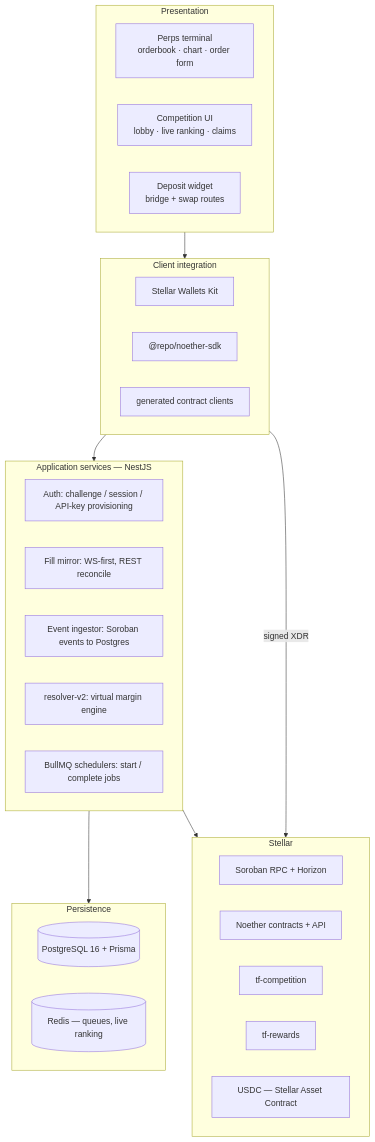
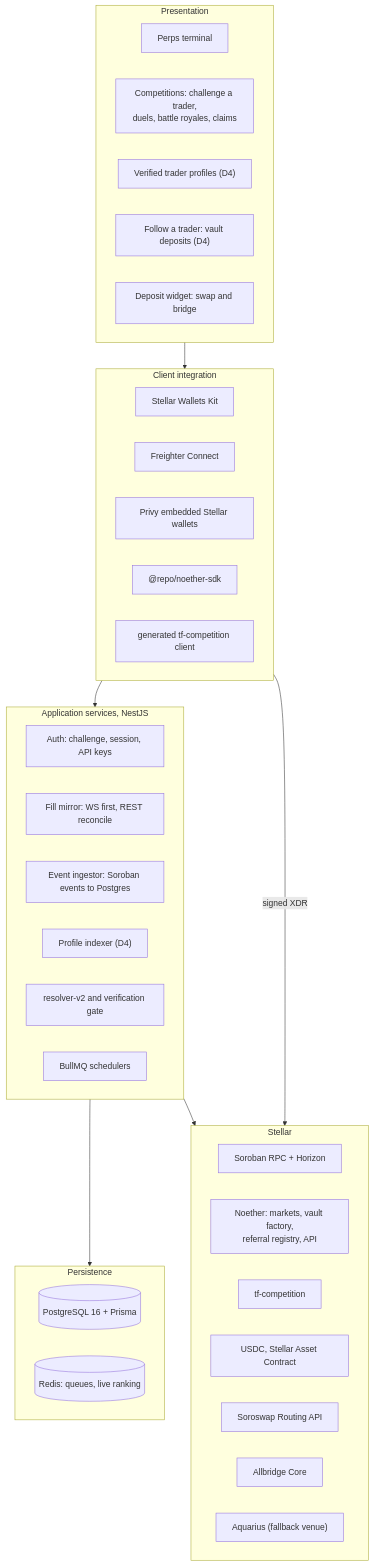
The second of 7 diagrams in docs/ARCHITECTURE.md (tradefighters/stellar-integration), drawn with Mermaid before and after one commit. The commit also changed other lines of this file and 6 other files, not shown here.

````diff
--- a/docs/ARCHITECTURE.md
+++ b/docs/ARCHITECTURE.md
@@ -91,41 +144,48 @@
 ```mermaid
 flowchart TB
     subgraph L1["Presentation"]
-        TERM["Perps terminal<br/>orderbook · chart · order form"]
-        COMP["Competition UI<br/>lobby · live ranking · claims"]
-        DEP["Deposit widget<br/>bridge + swap routes"]
+        TERM["Perps terminal"]
+        COMP["Competitions: challenge a trader,<br/>duels, battle royales, claims"]
+        PROF["Verified trader profiles (D4)"]
+        VAULT["Follow a trader: vault deposits (D4)"]
+        DEP["Deposit widget: swap and bridge"]
     end
 
     subgraph L2["Client integration"]
         WKIT["Stellar Wallets Kit"]
+        FRC["Freighter Connect"]
+        PRIVY["Privy embedded Stellar wallets"]
         NSDK["@repo/noether-sdk"]
-        GEN["generated contract clients"]
+        GEN["generated tf-competition client"]
     end
 
-    subgraph L3["Application services — NestJS"]
-        AUTH["Auth: challenge / session / API-key provisioning"]
-        MIRROR["Fill mirror: WS-first, REST reconcile"]
+    subgraph L3["Application services, NestJS"]
+        AUTH["Auth: challenge, session, API keys"]
+        MIRROR["Fill mirror: WS first, REST reconcile"]
         INGEST["Event ingestor: Soroban events to Postgres"]
-        RES["resolver-v2: virtual margin engine"]
-        JOBS["BullMQ schedulers: start / complete jobs"]
+        PIDX["Profile indexer (D4)"]
+        RES["resolver-v2 and verification gate"]
+        JOBS["BullMQ schedulers"]
     end
 
     subgraph L4["Persistence"]
         PG[("PostgreSQL 16 + Prisma")]
-        REDIS[("Redis — queues, live ranking")]
+        REDIS[("Redis: queues, live ranking")]
     end
 
     subgraph L5["Stellar"]
         RPC["Soroban RPC + Horizon"]
-        NOETH["Noether contracts + API"]
+        NOETH["Noether: markets, vault factory,<br/>referral registry, API"]
         TFC["tf-competition"]
-        TFR["tf-rewards"]
-        USDC["USDC — Stellar Asset Contract"]
+        USDC["USDC, Stellar Asset Contract"]
+        SWAP["Soroswap Routing API"]
+        AB["Allbridge Core"]
+        AQ["Aquarius (fallback venue)"]
     end
 
     L1 --> L2
     L2 --> L3
     L2 -->|"signed XDR"| L5
     L3 --> L4
     L3 --> L5
 ```
````
